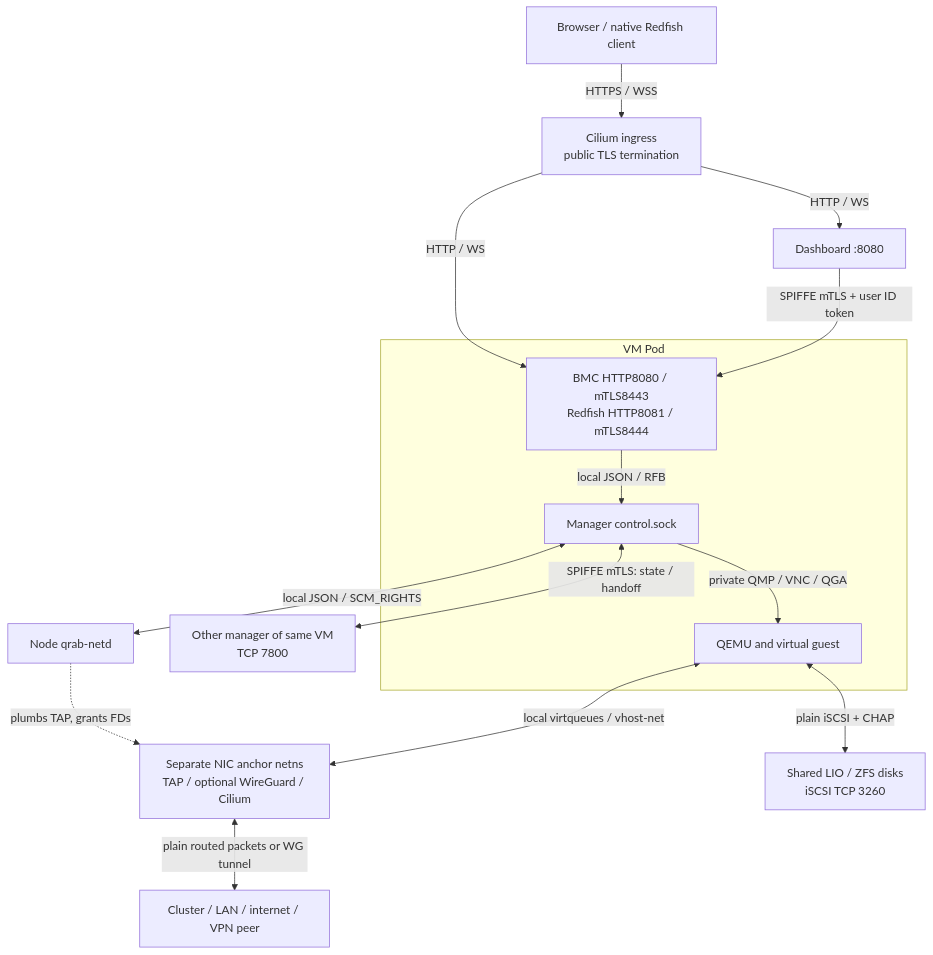
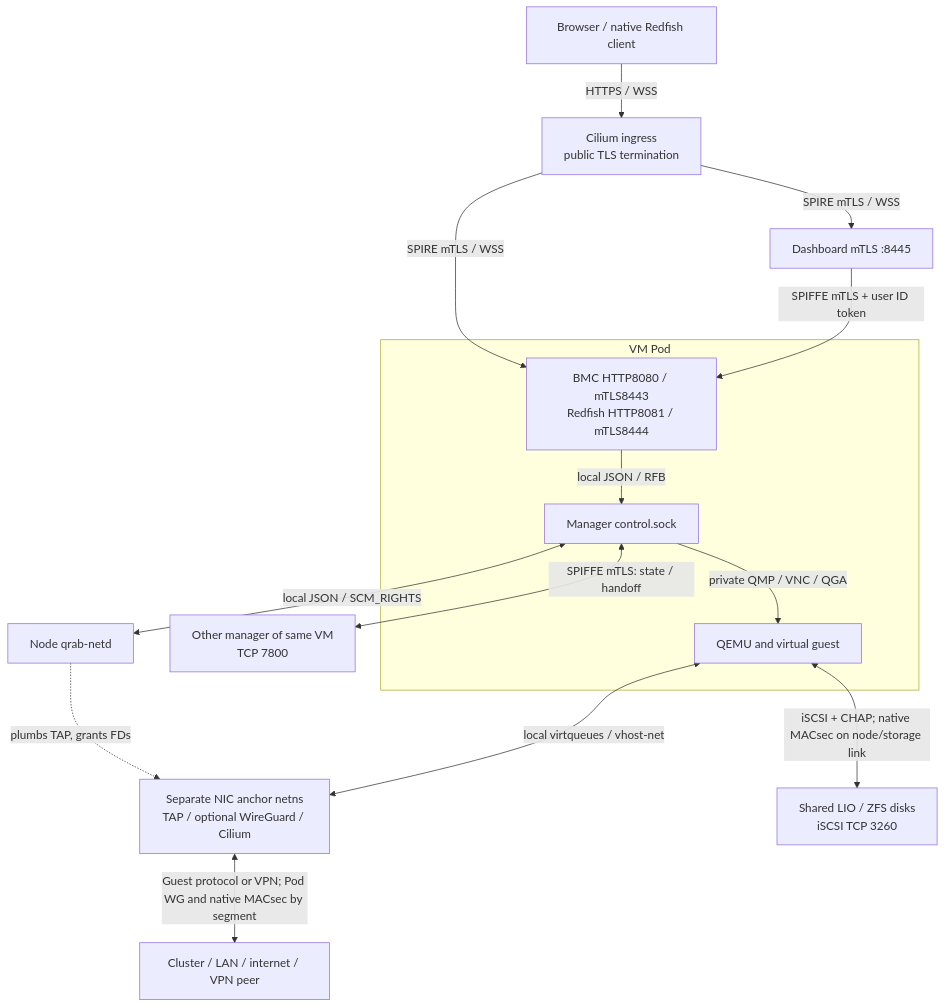
The diagram in docs/connections.md (SamYaple/qrab), drawn with Mermaid before and after one commit. The commit also changed other lines of this file and 11 other files, not shown here.

Commit message:
Document native encryption, recovery and guest identity streams (work/native-link-deployment-verification)

````diff
--- a/docs/connections.md
+++ b/docs/connections.md
@@ -85,28 +86,28 @@
 ```mermaid
 flowchart TB
     browser["Browser / native Redfish client"]
     edge["Cilium ingress<br/>public TLS termination"]
-    dash["Dashboard :8080"]
+    dash["Dashboard mTLS :8445"]
     other["Other manager of same VM<br/>TCP 7800"]
     netd["Node qrab-netd"]
     anchor["Separate NIC anchor netns<br/>TAP / optional WireGuard / Cilium"]
     world["Cluster / LAN / internet / VPN peer"]
     disks["Shared LIO / ZFS disks<br/>iSCSI TCP 3260"]
     subgraph vm ["VM Pod"]
         mgmt["BMC HTTP8080 / mTLS8443<br/>Redfish HTTP8081 / mTLS8444"]
         manager["Manager control.sock"]
         qemu["QEMU and virtual guest"]
     end
     browser -->|"HTTPS / WSS"| edge
-    edge -->|"HTTP / WS"| dash
-    edge -->|"HTTP / WS"| mgmt
+    edge -->|"SPIRE mTLS / WSS"| dash
+    edge -->|"SPIRE mTLS / WSS"| mgmt
     dash -->|"SPIFFE mTLS + user ID token"| mgmt
     mgmt -->|"local JSON / RFB"| manager
     manager -->|"private QMP / VNC / QGA"| qemu
     manager <-->|"SPIFFE mTLS: state / handoff"| other
     manager <-->|"local JSON / SCM_RIGHTS"| netd
     netd -.->|"plumbs TAP, grants FDs"| anchor
     qemu <-->|"local virtqueues / vhost-net"| anchor
-    qemu <-->|"plain iSCSI + CHAP"| disks
-    anchor <-->|"plain routed packets or WG tunnel"| world
+    qemu <-->|"iSCSI + CHAP; native MACsec on node/storage link"| disks
+    anchor <-->|"Guest protocol or VPN; Pod WG and native MACsec by segment"| world
 ```
````
